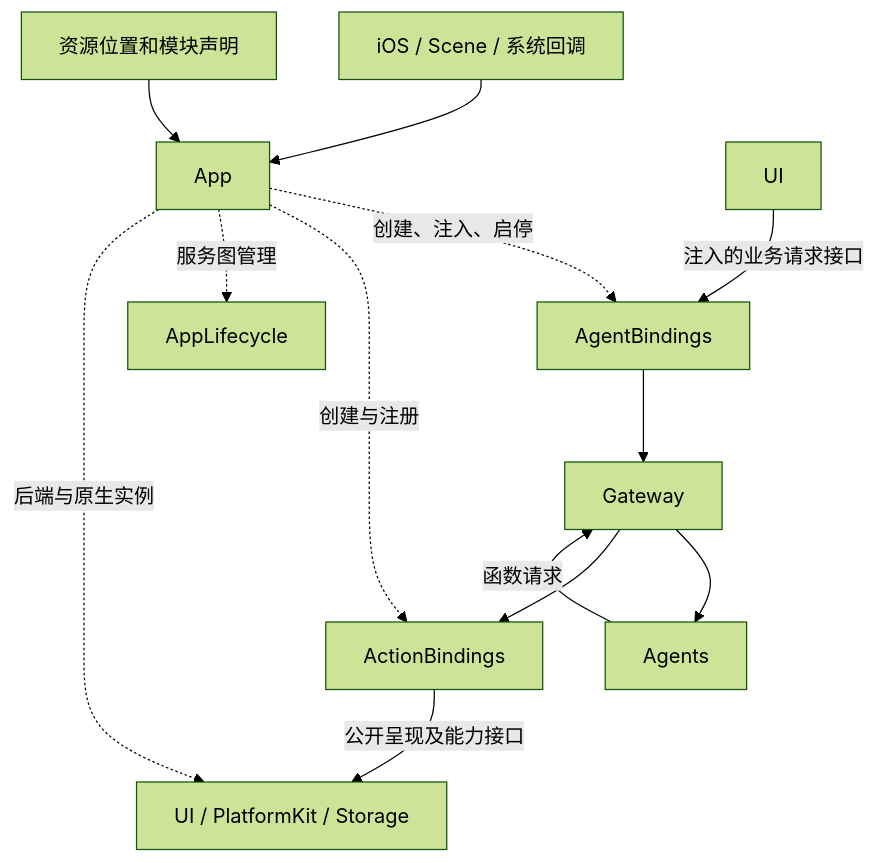
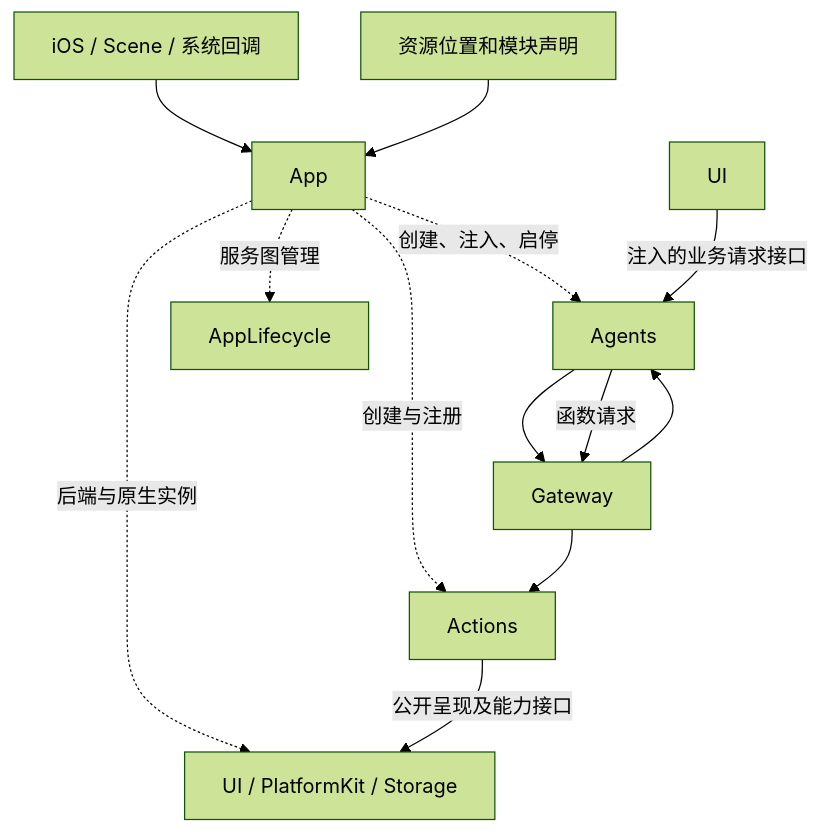
Before and after one commit to devilyouwei/MobileHarness: the first of 2 diagrams in MobileHarness/App/README.md, drawn with Mermaid (forest theme). The commit also changed other lines of this file and 483 other files, not shown here.

First line of the commit message:
Refactor direct container inputs and organize Actions and Agents

````diff
--- a/MobileHarness/App/README.md
+++ b/MobileHarness/App/README.md
@@ -13,15 +13,15 @@
 ```mermaid
 flowchart TB
  OS[iOS / Scene / 系统回调] --> App
  Configuration[资源位置和模块声明] --> App
- App -.->|创建、注入、启停| AgentBindings
- App -.->|创建与注册| ActionBindings
+ App -.->|创建、注入、启停| Agents
+ App -.->|创建与注册| Actions
  App -.->|服务图管理| AppLifecycle
  App -.->|后端与原生实例| Foundations[UI / PlatformKit / Storage]
- UI -->|注入的业务请求接口| AgentBindings
- AgentBindings --> Gateway
+ UI -->|注入的业务请求接口| Agents
+ Agents --> Gateway
  Gateway --> Agents
  Agents -->|函数请求| Gateway
- Gateway --> ActionBindings
- ActionBindings -->|公开呈现及能力接口| Foundations
+ Gateway --> Actions
+ Actions -->|公开呈现及能力接口| Foundations
 ```
````
